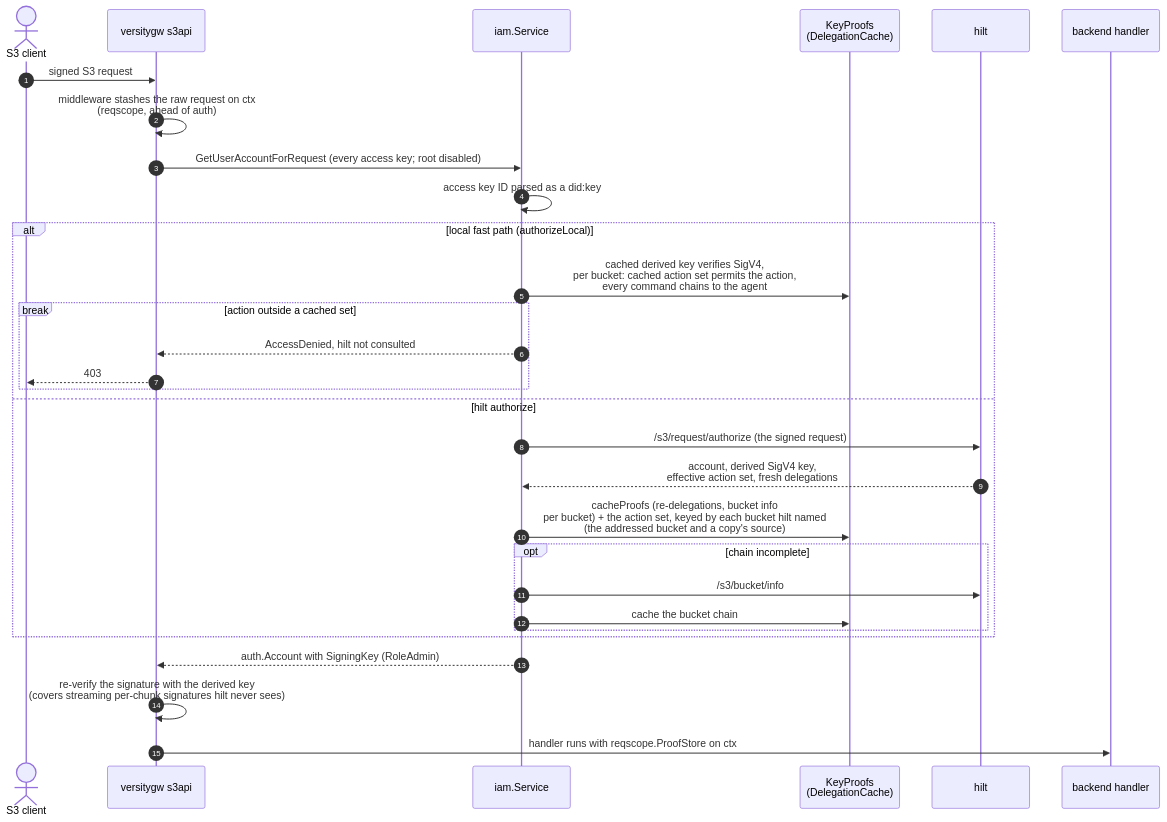
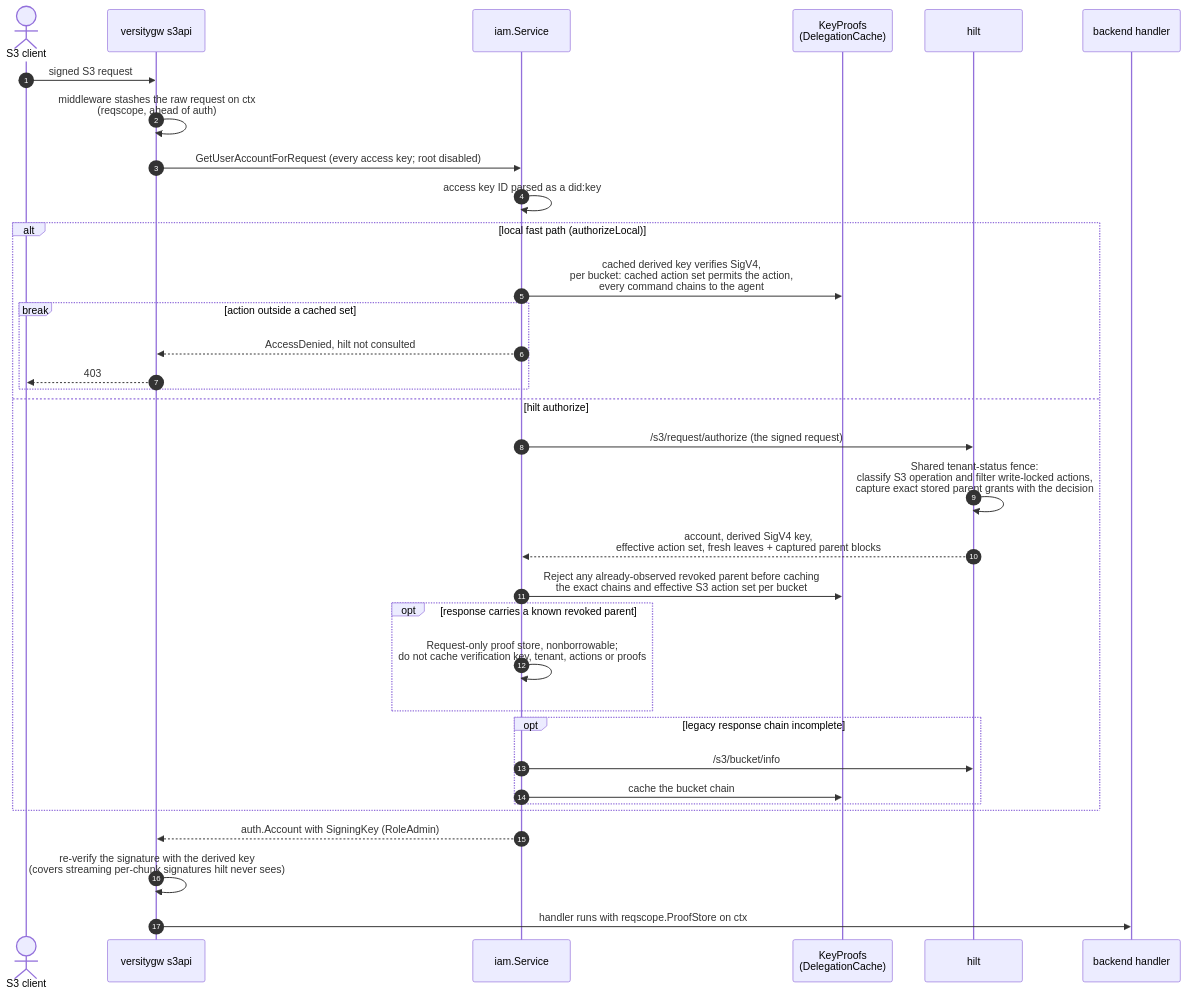
Before and after one commit to fil-forge/ingot: diagram 13 of 15 in docs/diagrams.md, drawn with Mermaid. The commit also changed other lines of this file and 4 other files, not shown here.

````diff
--- a/docs/diagrams.md
+++ b/docs/diagrams.md
@@ -1062,33 +1062,37 @@
 ```mermaid
 sequenceDiagram
     autonumber
     actor C as S3 client
     participant G as versitygw s3api
     participant I as iam.Service
     participant K as KeyProofs<br/>(DelegationCache)
     participant H as hilt
     participant B as backend handler
 
     C->>G: signed S3 request
     G->>G: middleware stashes the raw request on ctx<br/>(reqscope, ahead of auth)
     G->>I: GetUserAccountForRequest (every access key#59; root disabled)
     I->>I: access key ID parsed as a did:key
     alt local fast path (authorizeLocal)
         I->>K: cached derived key verifies SigV4,<br/>per bucket: cached action set permits the action,<br/>every command chains to the agent
         break action outside a cached set
             I-->>G: AccessDenied, hilt not consulted
             G-->>C: 403
         end
     else hilt authorize
         I->>H: /s3/request/authorize (the signed request)
-        H-->>I: account, derived SigV4 key,<br/>effective action set, fresh delegations
-        I->>K: cacheProofs (re-delegations, bucket info<br/>per bucket) + the action set, keyed by each bucket hilt named<br/>(the addressed bucket and a copy's source)
-        opt chain incomplete
+        H->>H: Shared tenant-status fence:<br/>classify S3 operation and filter write-locked actions,<br/>capture exact stored parent grants with the decision
+        H-->>I: account, derived SigV4 key,<br/>effective action set, fresh leaves + captured parent blocks
+        I->>K: Reject any already-observed revoked parent before caching<br/>the exact chains and effective S3 action set per bucket
+        opt response carries a known revoked parent
+            I->>I: Request-only proof store, nonborrowable#59;<br/>do not cache verification key, tenant, actions or proofs
+        end
+        opt legacy response chain incomplete
             I->>H: /s3/bucket/info
             I->>K: cache the bucket chain
         end
     end
     I-->>G: auth.Account with SigningKey (RoleAdmin)
     G->>G: re-verify the signature with the derived key<br/>(covers streaming per-chunk signatures hilt never sees)
     G->>B: handler runs with reqscope.ProofStore on ctx
 ```
````
